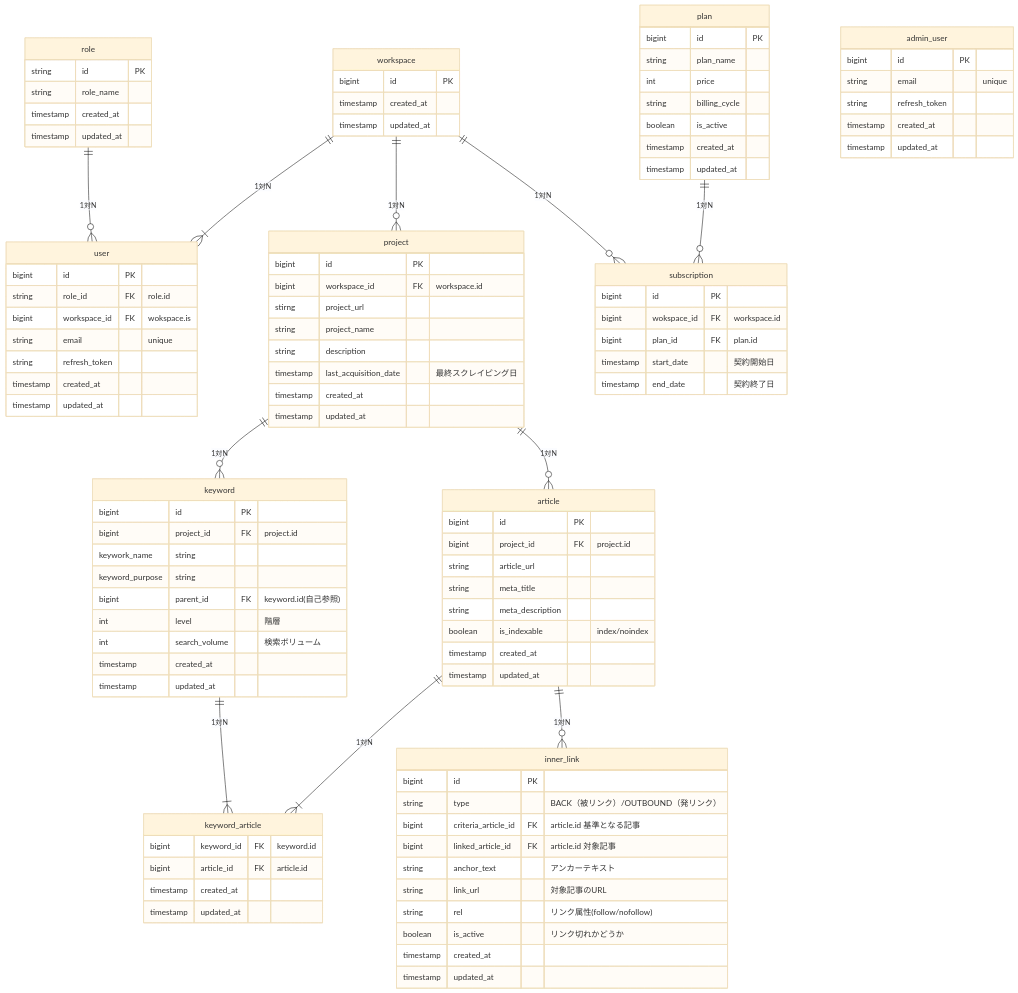
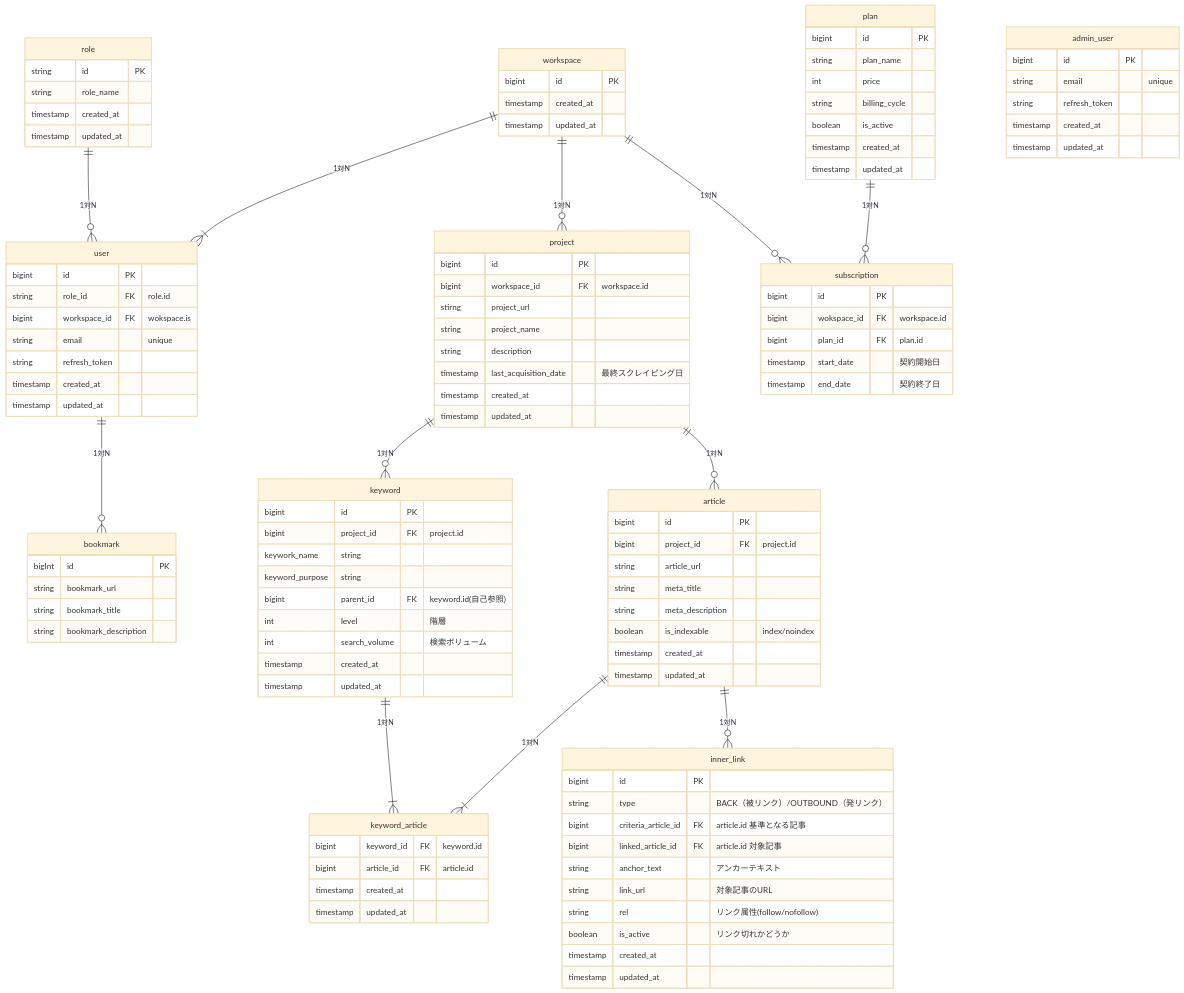
The diagram in docs/db/design.md (lynx-service/lynx-core), drawn with Mermaid (base theme) before and after one commit.

```diff
--- a/docs/db/design.md
+++ b/docs/db/design.md
@@ -5,6 +5,7 @@
   workspace ||--o{ subscription : "1対N"
   plan ||--o{ subscription : "1対N"
   role ||--o{ user : "1対N"
+  user ||--o{ bookmark : "1対N"
   project ||--o{ keyword: "1対N"
   project ||--o{ article: "1対N"
   keyword ||--|{ keyword_article: "1対N"
@@ -66,6 +67,14 @@
     timestamp updated_at
   }
 
+  %% ブックマーク情報
+  bookmark {
+    bigInt id PK
+    string bookmark_url
+    string bookmark_title
+    string bookmark_description
+  }
+
   %% プロジェクト情報
   project {
     bigint id PK
```
